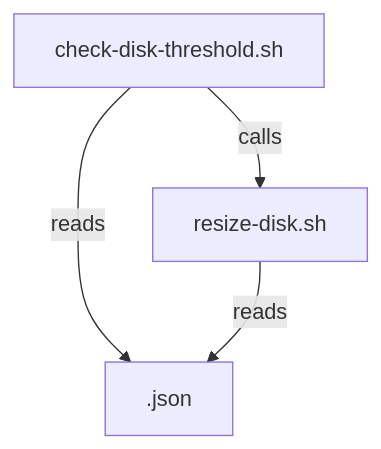
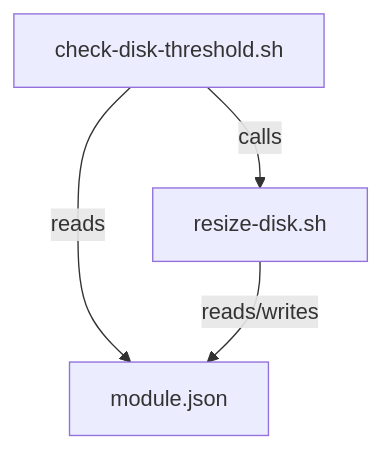
Before and after one commit to TAPPaaS/TAPPaaS: the seventh of 11 diagrams in src/foundation/DEPENDENCIES.md, drawn with Mermaid. The commit also changed other lines of this file and 4 other files, not shown here.

````diff
--- a/src/foundation/DEPENDENCIES.md
+++ b/src/foundation/DEPENDENCIES.md
@@ -186,7 +239,7 @@
 ```mermaid
 graph TD
-    A[check-disk-threshold.sh] -->|reads| B["<module>.json"]
+    A[check-disk-threshold.sh] -->|reads| B["module.json"]
     A -->|calls| C[resize-disk.sh]
 
-    C -->|reads| B
+    C -->|reads/writes| B
 ```
````
